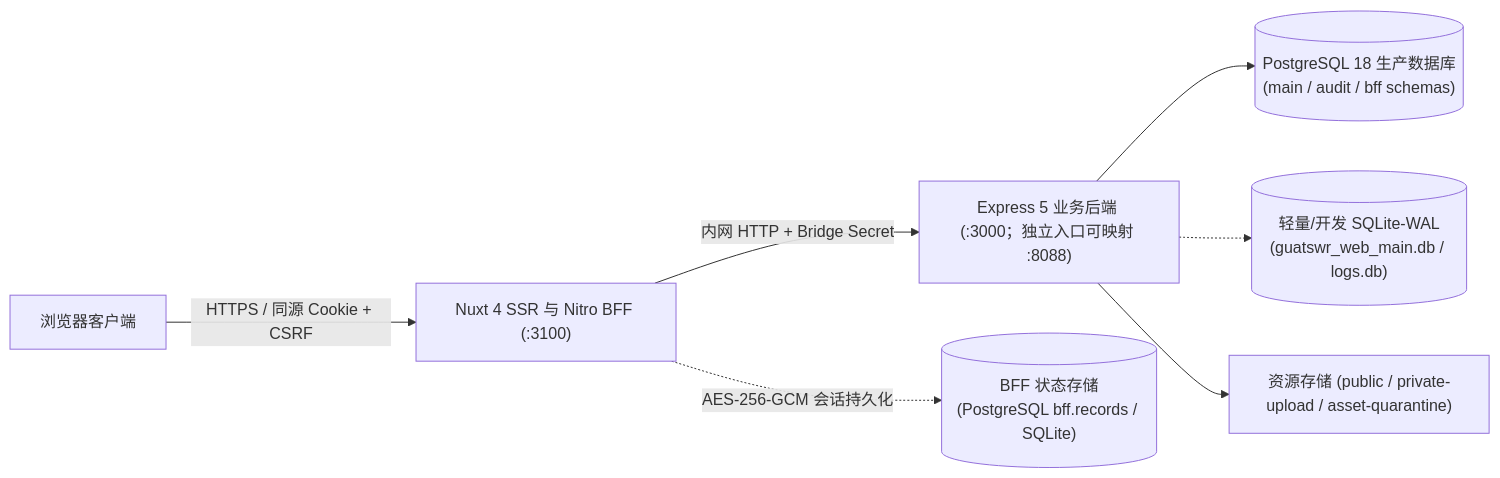
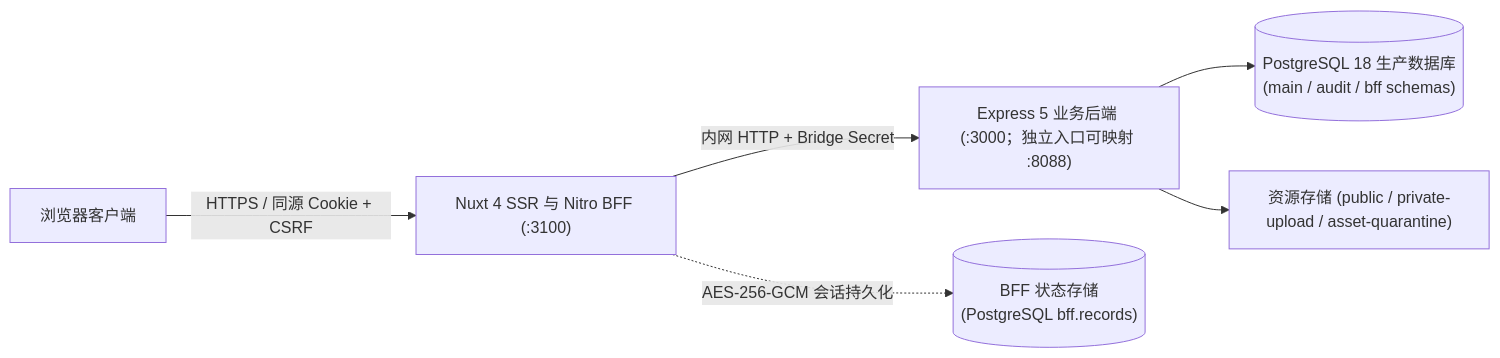
One commit to guatswr/GuatSWR_Website changed the first of 2 diagrams in README.md. Above: the diagram before and after it, drawn with Mermaid. The commit also changed other lines of this file and 91 other files, not shown here.

First line of the commit message:
chore(test/ci): modernize test suites and CI pipeline for pure PostgreSQL 18

````diff
--- a/README.md
+++ b/README.md
@@ -94,9 +93,8 @@
 ```mermaid
 flowchart LR
     Browser["浏览器客户端"] -->|"HTTPS / 同源 Cookie + CSRF"| Web["Nuxt 4 SSR 与 Nitro BFF (:3100)"]
     Web -->|"内网 HTTP + Bridge Secret"| API["Express 5 业务后端 (:3000；独立入口可映射 :8088)"]
-    Web -.->|"AES-256-GCM 会话持久化"| BFFDB[("BFF 状态存储<br/>(PostgreSQL bff.records / SQLite)")]
+    Web -.->|"AES-256-GCM 会话持久化"| BFFDB[("BFF 状态存储<br/>(PostgreSQL bff.records)")]
     API --> PG[("PostgreSQL 18 生产数据库<br/>(main / audit / bff schemas)")]
-    API -.-> SQLite[("轻量/开发 SQLite-WAL<br/>(guatswr_web_main.db / logs.db)")]
     API --> Storage["资源存储 (public / private-upload / asset-quarantine)"]
 ```
````
